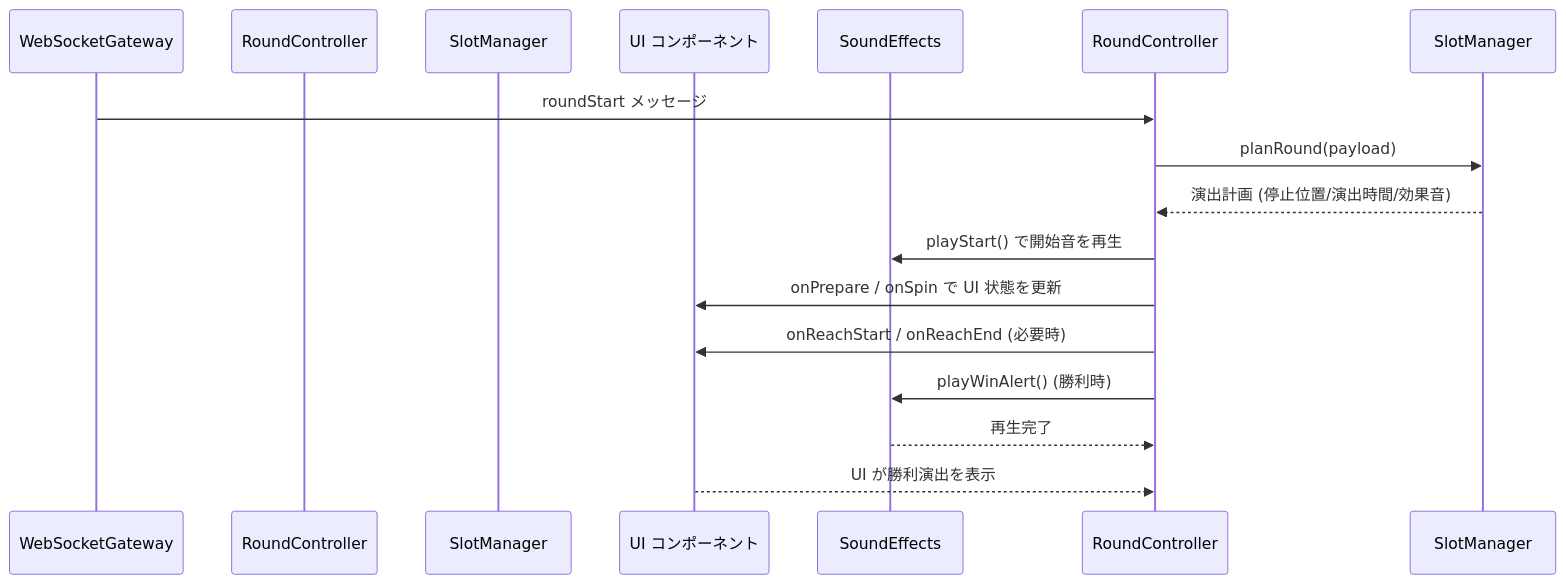
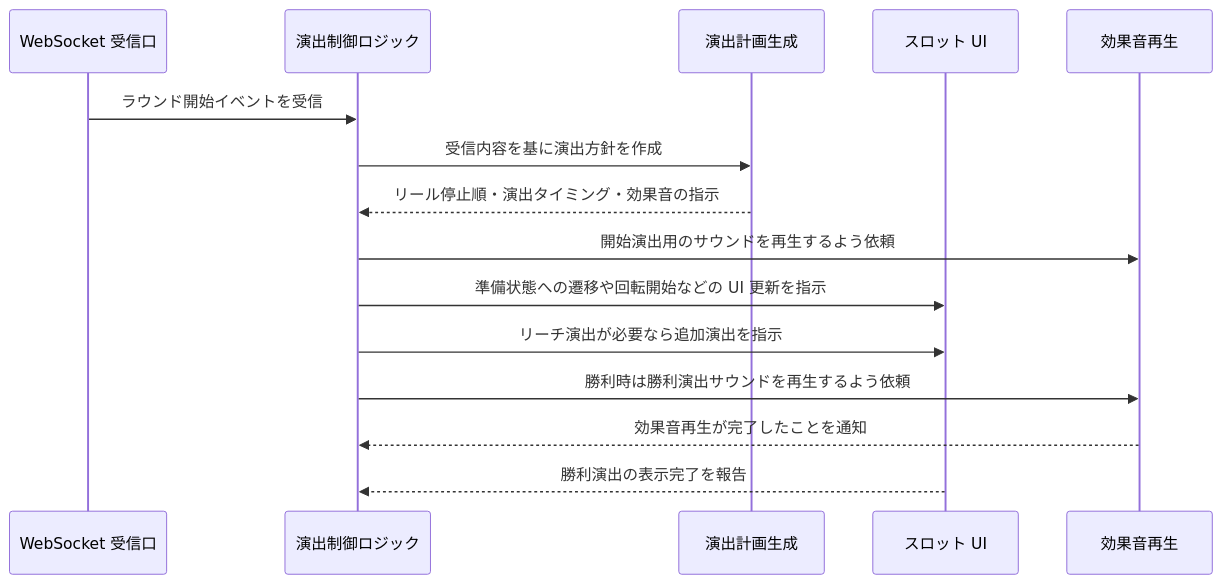
One commit to akiohiratani/pachinko-member-frontend-prod changed the second of 2 diagrams in README.md. Above: the diagram before and after it, drawn with Mermaid.

Commit message:
Refine WebSocket sequence diagram wording

````diff
--- a/README.md
+++ b/README.md
@@ -50,18 +50,18 @@
 ```mermaid
 sequenceDiagram
-  participant SlotWebSocketGateway as WebSocketGateway
-  participant SlotRoundController as RoundController
-  participant SlotMachineManager as SlotManager
-  participant SlotMachine as UI コンポーネント
-  participant SoundEffects
+  participant WebSocketGateway as WebSocket 受信口
+  participant RoundOrchestrator as 演出制御ロジック
+  participant PresentationPlanner as 演出計画生成
+  participant SlotInterface as スロット UI
+  participant AudioPlayer as 効果音再生
 
-  SlotWebSocketGateway->>RoundController: roundStart メッセージ
-  RoundController->>SlotManager: planRound(payload)
-  SlotManager-->>RoundController: 演出計画 (停止位置/演出時間/効果音)
-  RoundController->>SoundEffects: playStart() で開始音を再生
-  RoundController->>SlotMachine: onPrepare / onSpin で UI 状態を更新
-  RoundController->>SlotMachine: onReachStart / onReachEnd (必要時)
-  RoundController->>SoundEffects: playWinAlert() (勝利時)
-  SoundEffects-->>RoundController: 再生完了
-  SlotMachine-->>RoundController: UI が勝利演出を表示
+  WebSocketGateway->>RoundOrchestrator: ラウンド開始イベントを受信
+  RoundOrchestrator->>PresentationPlanner: 受信内容を基に演出方針を作成
+  PresentationPlanner-->>RoundOrchestrator: リール停止順・演出タイミング・効果音の指示
+  RoundOrchestrator->>AudioPlayer: 開始演出用のサウンドを再生するよう依頼
+  RoundOrchestrator->>SlotInterface: 準備状態への遷移や回転開始などの UI 更新を指示
+  RoundOrchestrator->>SlotInterface: リーチ演出が必要なら追加演出を指示
+  RoundOrchestrator->>AudioPlayer: 勝利時は勝利演出サウンドを再生するよう依頼
+  AudioPlayer-->>RoundOrchestrator: 効果音再生が完了したことを通知
+  SlotInterface-->>RoundOrchestrator: 勝利演出の表示完了を報告
 ```
````
